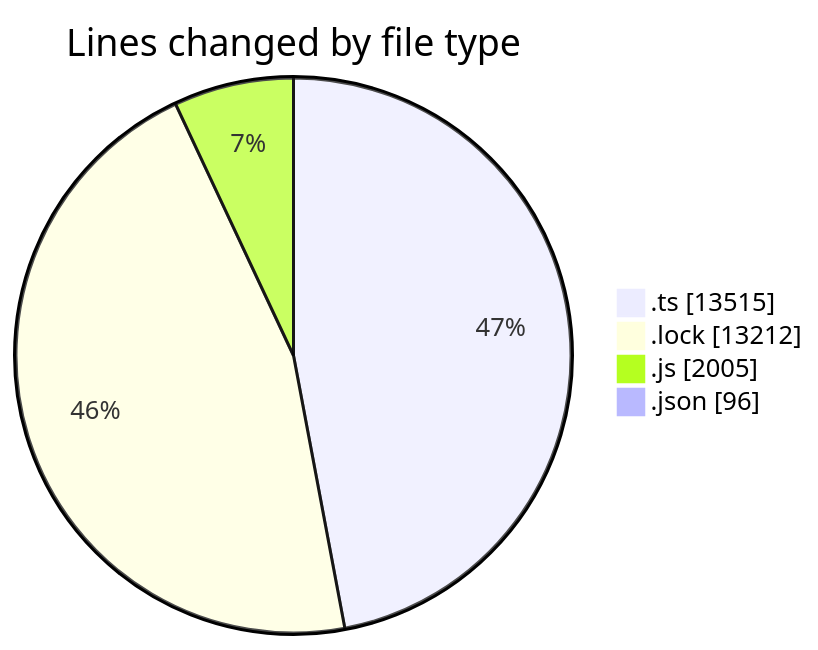
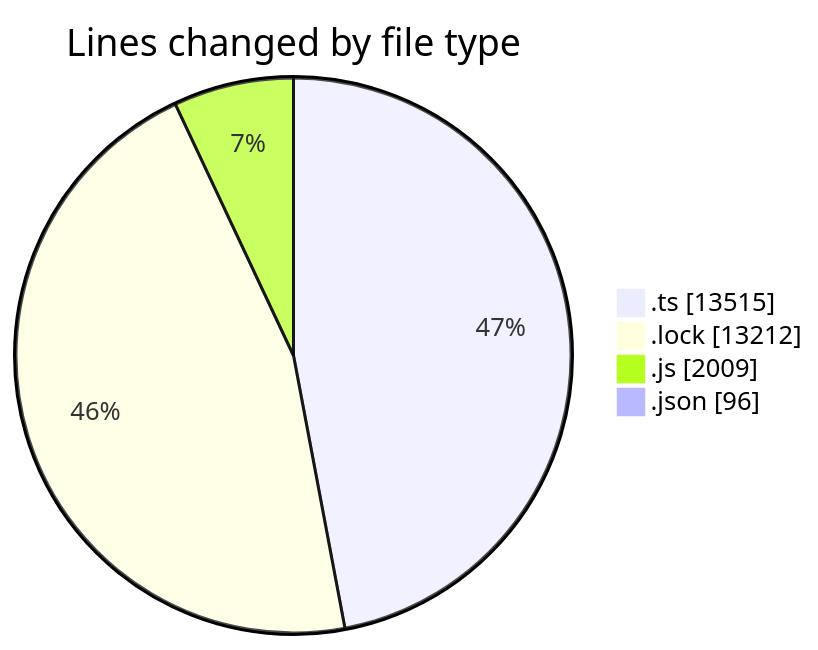
Before and after one commit to momahboobian/code-tracking: the first of 2 diagrams in 2025-05-16/cda/README.md, drawn with Mermaid. The commit also changed other lines of this file and 1 other file, not shown here.

````diff
--- a/2025-05-16/cda/README.md
+++ b/2025-05-16/cda/README.md
@@ -30,8 +30,8 @@
 ```mermaid
 pie showData
 title Lines changed by file type
 ".ts" : 13515
 ".lock" : 13212
-".js" : 2005
+".js" : 2009
 ".json" : 96
 ```
````
